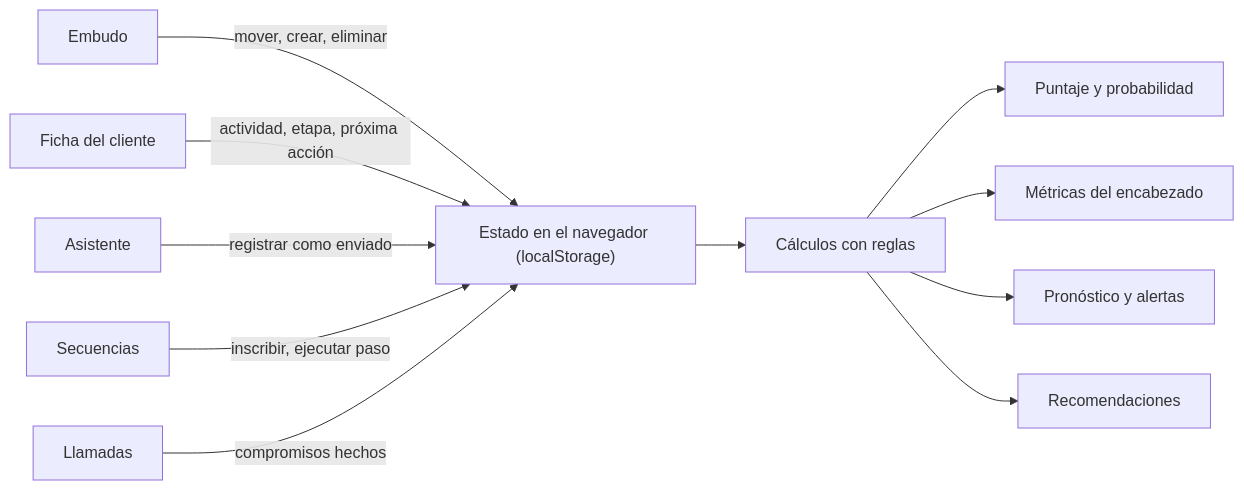
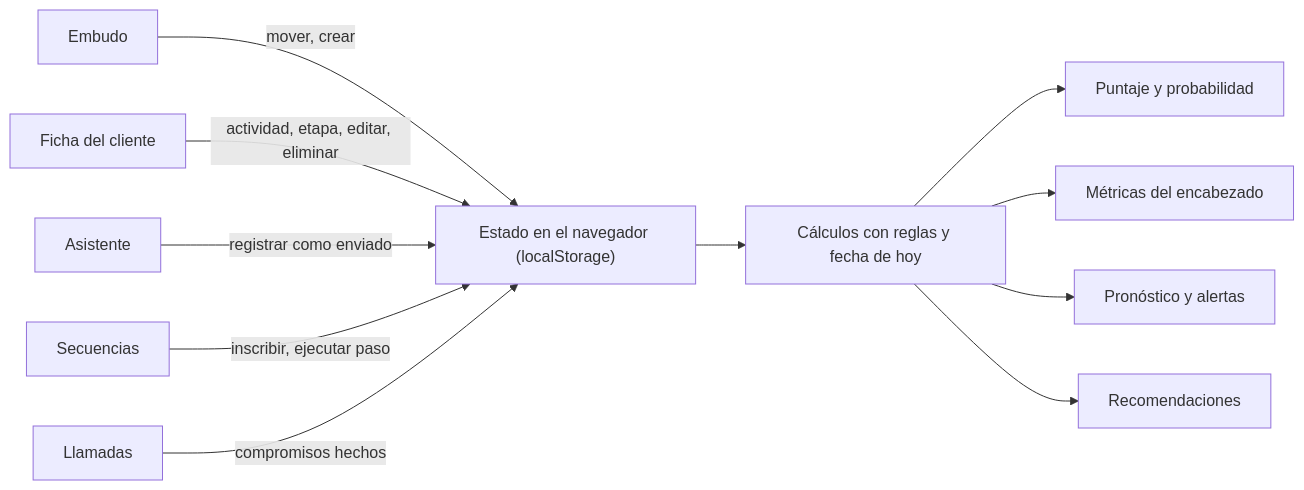
Before and after one commit to ronalc90/koptup: the diagram in docs/wiki/Guia-Demo-crm-ia.md, drawn with Mermaid. The commit also changed other lines of this file and 34 other files, not shown here.

````diff
--- a/docs/wiki/Guia-Demo-crm-ia.md
+++ b/docs/wiki/Guia-Demo-crm-ia.md
@@ -118,13 +143,13 @@
 ```mermaid
 flowchart LR
-    S["Estado en el navegador (localStorage)"] --> C["Cálculos con reglas"]
+    S["Estado en el navegador (localStorage)"] --> C["Cálculos con reglas y fecha de hoy"]
     C --> P["Puntaje y probabilidad"]
     C --> M["Métricas del encabezado"]
     C --> F["Pronóstico y alertas"]
     C --> R["Recomendaciones"]
-    E["Embudo"] -- "mover, crear, eliminar" --> S
-    H["Ficha del cliente"] -- "actividad, etapa, próxima acción" --> S
+    E["Embudo"] -- "mover, crear" --> S
+    H["Ficha del cliente"] -- "actividad, etapa, editar, eliminar" --> S
     A["Asistente"] -- "registrar como enviado" --> S
     Q["Secuencias"] -- "inscribir, ejecutar paso" --> S
     L["Llamadas"] -- "compromisos hechos" --> S
 ```
````
